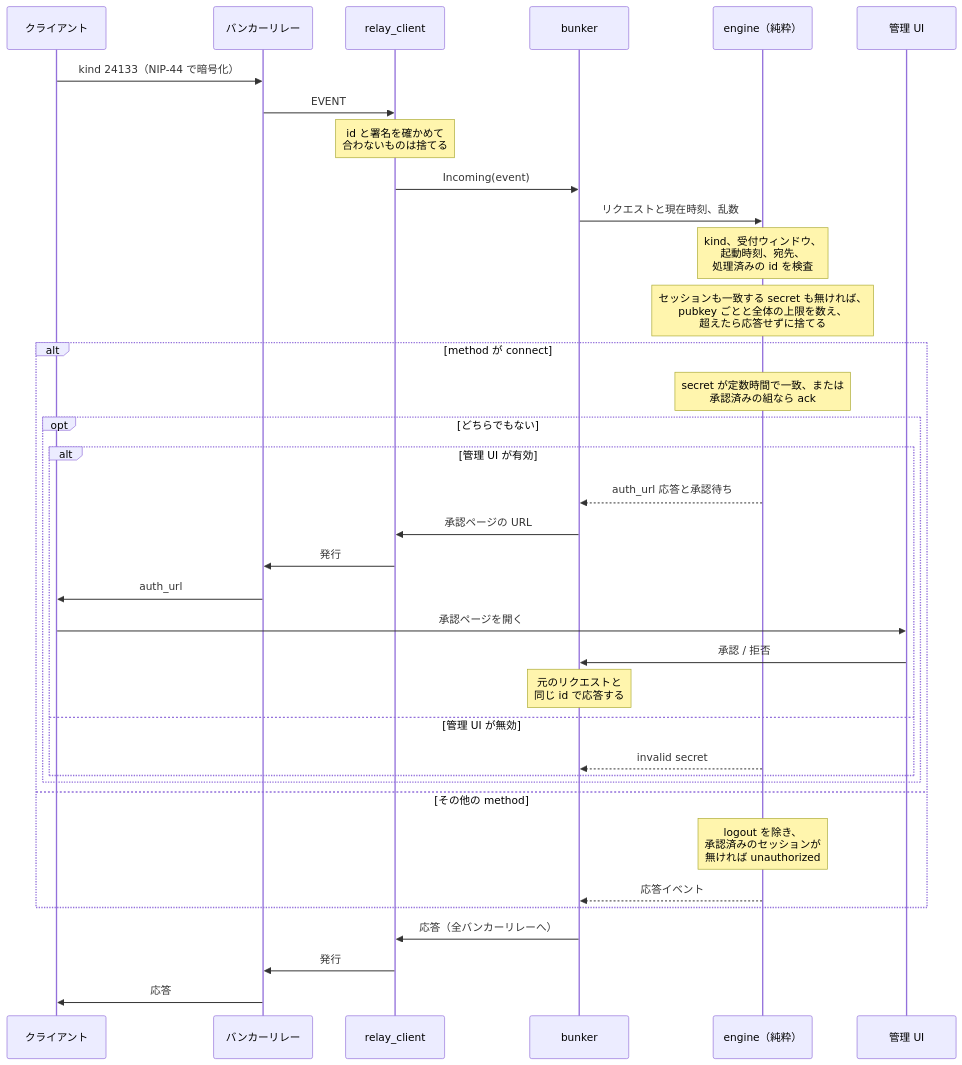
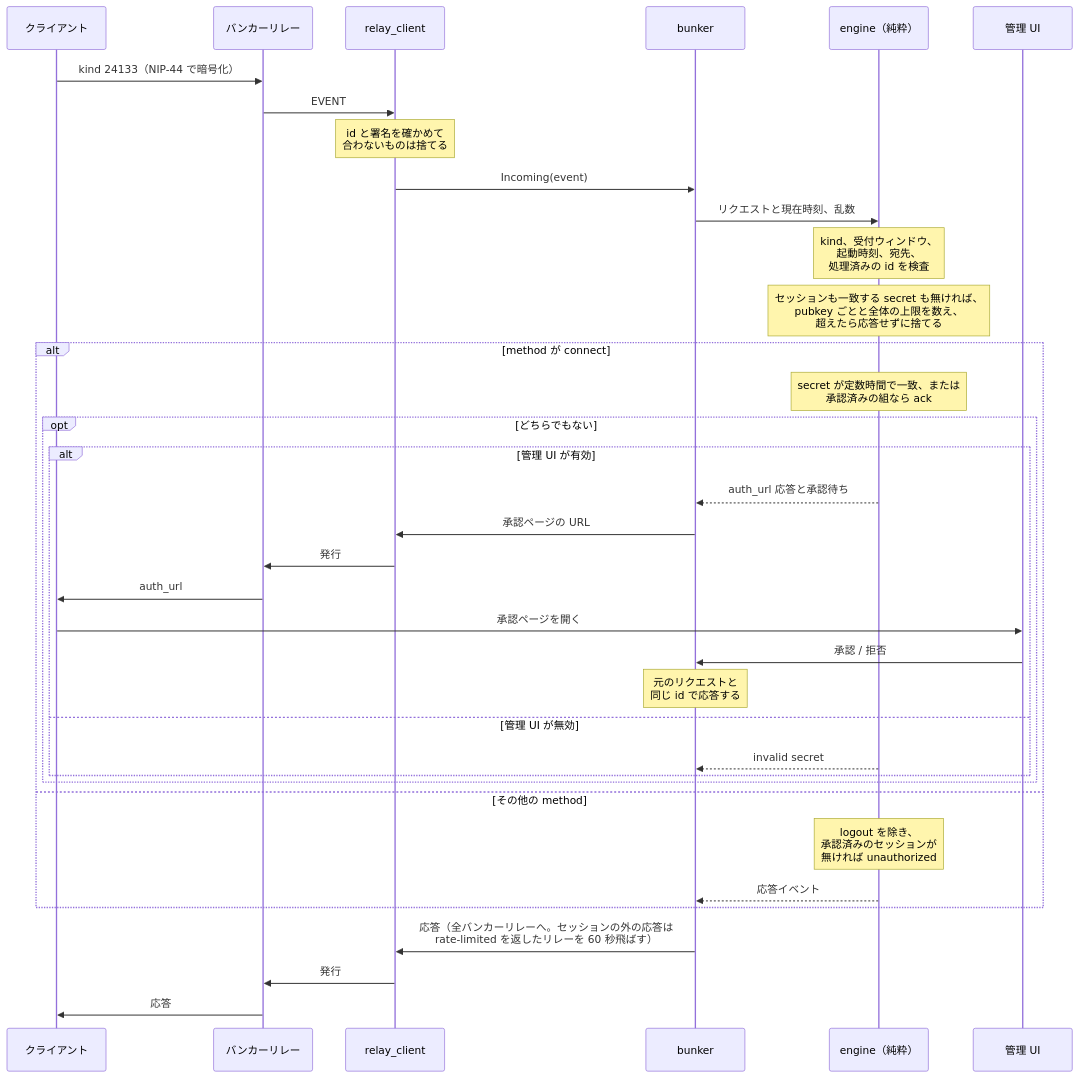
The fifth of 9 diagrams in docs/architecture.md (neverclear86/nostr-no-su), drawn with Mermaid before and after one commit. The commit also changed other lines of this file and 6 other files, not shown here.

First line of the commit message:
feat: rate-limited を返したバンカーリレーへのセッションの外の応答を 60 秒止める (#572)

````diff
--- a/docs/architecture.md
+++ b/docs/architecture.md
@@ -329,39 +329,39 @@
 ```mermaid
 sequenceDiagram
     participant client as クライアント
     participant relay as バンカーリレー
     participant rc as relay_client
     participant bk as bunker
     participant eng as engine（純粋）
     participant browser as 管理 UI
 
     client->>relay: kind 24133（NIP-44 で暗号化）
     relay->>rc: EVENT
     Note over rc: id と署名を確かめて<br/>合わないものは捨てる
     rc->>bk: Incoming(event)
     bk->>eng: リクエストと現在時刻、乱数
     Note over eng: kind、受付ウィンドウ、<br/>起動時刻、宛先、<br/>処理済みの id を検査
     Note over eng: セッションも一致する secret も無ければ、<br/>pubkey ごとと全体の上限を数え、<br/>超えたら応答せずに捨てる
     alt method が connect
         Note over eng: secret が定数時間で一致、または<br/>承認済みの組なら ack
         opt どちらでもない
             alt 管理 UI が有効
                 eng-->>bk: auth_url 応答と承認待ち
                 bk->>rc: 承認ページの URL
                 rc->>relay: 発行
                 relay->>client: auth_url
                 client->>browser: 承認ページを開く
                 browser->>bk: 承認 / 拒否
                 Note over bk: 元のリクエストと<br/>同じ id で応答する
             else 管理 UI が無効
                 eng-->>bk: invalid secret
             end
         end
     else その他の method
         Note over eng: logout を除き、<br/>承認済みのセッションが<br/>無ければ unauthorized
         eng-->>bk: 応答イベント
     end
-    bk->>rc: 応答（全バンカーリレーへ）
+    bk->>rc: 応答（全バンカーリレーへ。セッションの外の応答は<br/>rate-limited を返したリレーを 60 秒飛ばす）
     rc->>relay: 発行
     relay->>client: 応答
 ```
````
